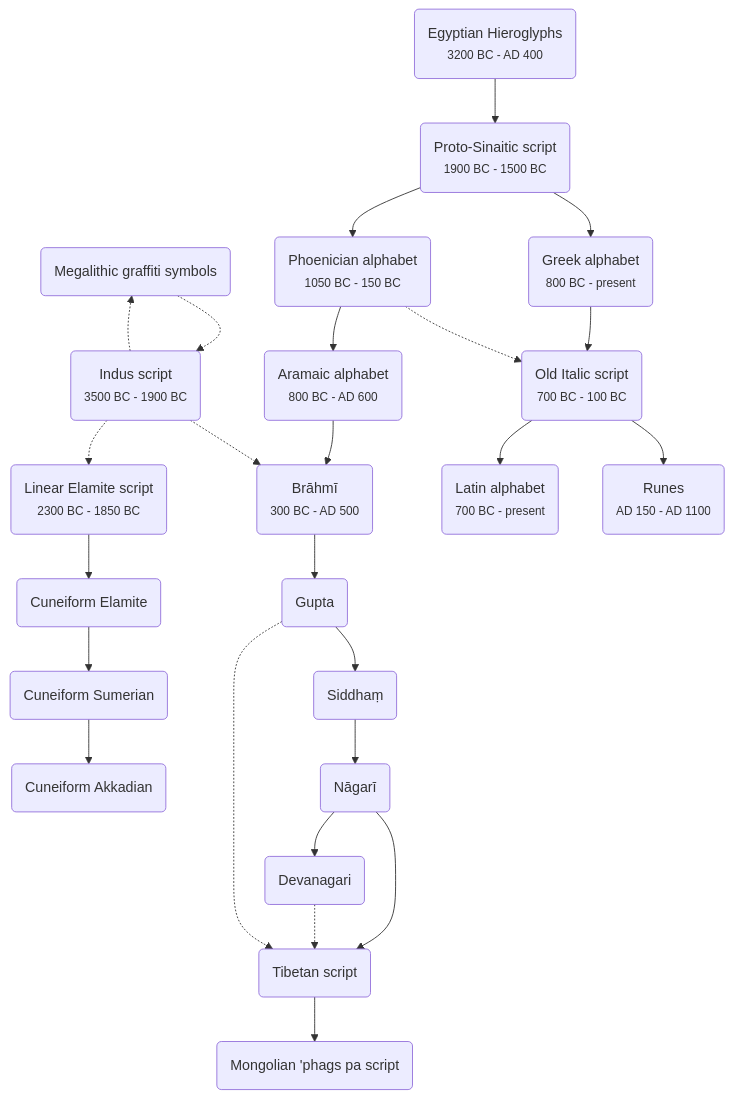
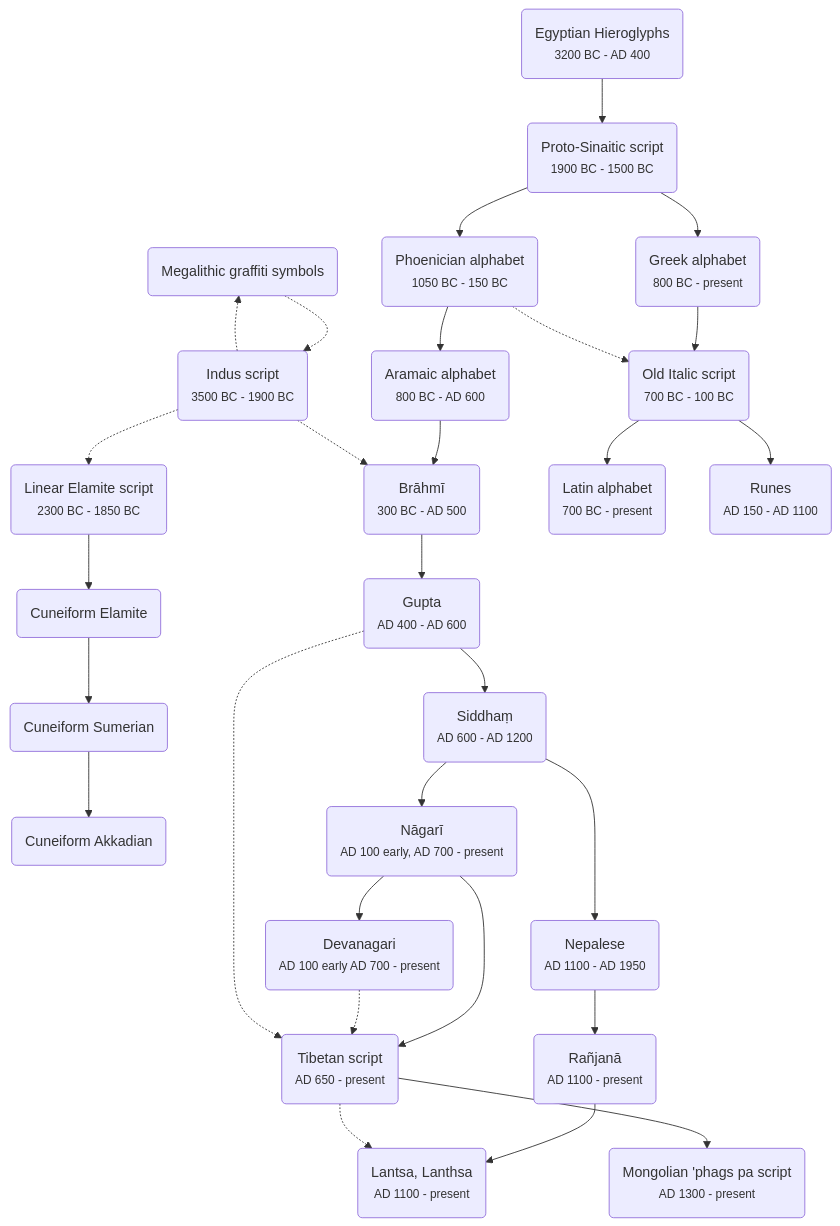
Before and after one commit to DigitalTibetan/DigitalTibetan: the first of 4 diagrams in docs/tibetan_script_history.md, drawn with Mermaid. The commit also changed other lines of this file and 1 other file, not shown here.

Commit message:
On lantsa script

````diff
--- a/docs/tibetan_script_history.md
+++ b/docs/tibetan_script_history.md
@@ -60,28 +63,32 @@
 ```{mermaid}
 graph TD;  
 BA(Megalithic graffiti symbols)-.->BB(Indus script<br><small>3500 BC - 1900 BC<small/>);
 
 CA(Linear Elamite script<br><small>2300 BC - 1850 BC</small>)-->CB(Cuneiform Elamite);
 CB-->CD(Cuneiform Sumerian);
 CD-->CE(Cuneiform Akkadian);
 L0A(Egyptian Hieroglyphs<br><small>3200 BC - AD 400</small>)-->LA(Proto-Sinaitic script<br><small>1900 BC - 1500 BC</small>);
 LA-->LB(Phoenician alphabet<br><small>1050 BC - 150 BC</small>);
 LB-->LC(Aramaic alphabet<br><small>800 BC - AD 600</small>);
 LC-->LD(Brāhmī<br><small>300 BC - AD 500</small>);
-LD-->LE(Gupta);
-LE-->LF(Siddhaṃ);
-LF-->LG(Nāgarī);
-LG-->LH(Devanagari);
+LD-->LE(Gupta<br><small>AD 400 - AD 600</small>);
+LE-->LF(Siddhaṃ<br><small>AD 600 - AD 1200</small>);
+LF-->LF2(Nepalese<br><small>AD 1100 - AD 1950</small>);
+LF2-->LF3(Rañjanā<br><small>AD 1100 - present</small>);
+LF3-->LF4(Lantsa, Lanthsa<br><small>AD 1100 - present</small>)
+LF-->LG(Nāgarī<br><small>AD 100 early, AD 700 - present</small>);
+LG-->LH(Devanagari<br><small>AD 100 early AD 700 - present</small>);
 LG-->LI;
-LH-.->LI(Tibetan script);
-LI-->LI2(Mongolian 'phags pa script)
+LH-.->LI(Tibetan script<br><small>AD 650 - present</small>);
+LI-->LI2(Mongolian 'phags pa script<br><small>AD 1300 - present</small>)
 LA-->LK(Greek alphabet<br><small>800 BC - present</small>);
 LK-->LL(Old Italic script<br><small>700 BC - 100 BC</small>);
 LL-->LM(Latin alphabet<br><small>700 BC - present</small>);
 LL-->LN(Runes<br><small>AD 150 - AD 1100</small>);
 BB-.->LD;
 BB-.->BA;
 BB-.->CA;
 LB-.->LL;
 LE-.->LI;
+LI-.->LF4;
 ```
````
